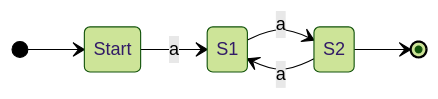
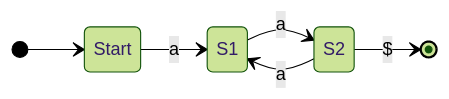
One commit to zinh/zinh.github.io changed the first of 3 diagrams in _posts/2023-09-09-regular-language-and-automata.markdown. Above: the diagram before and after it, drawn with Mermaid (forest theme). The commit also changed other lines of this file, not shown here.

````diff
--- a/_posts/2023-09-09-regular-language-and-automata.markdown
+++ b/_posts/2023-09-09-regular-language-and-automata.markdown
@@ -130,9 +136,9 @@
 ```mermaid
 stateDiagram-v2
   direction LR
   [*] --> Start
   Start --> S1: a
   S1 --> S2: a
   S2 --> S1: a
-  S2 --> [*]
+  S2 --> [*]: $
 ```
````
